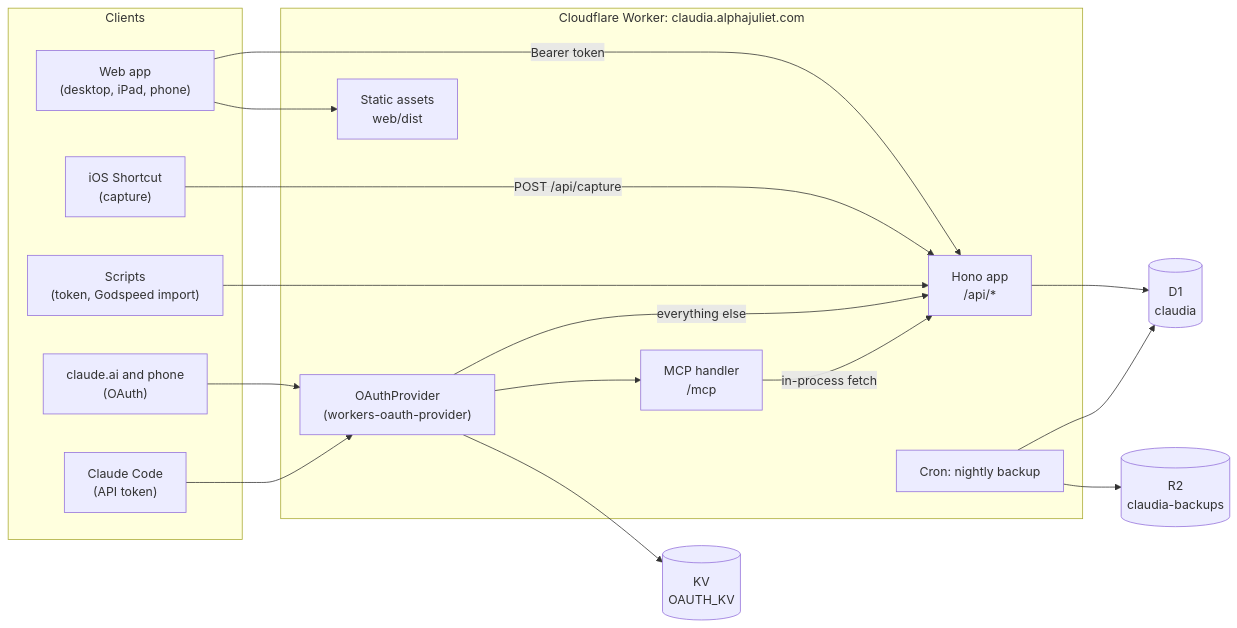
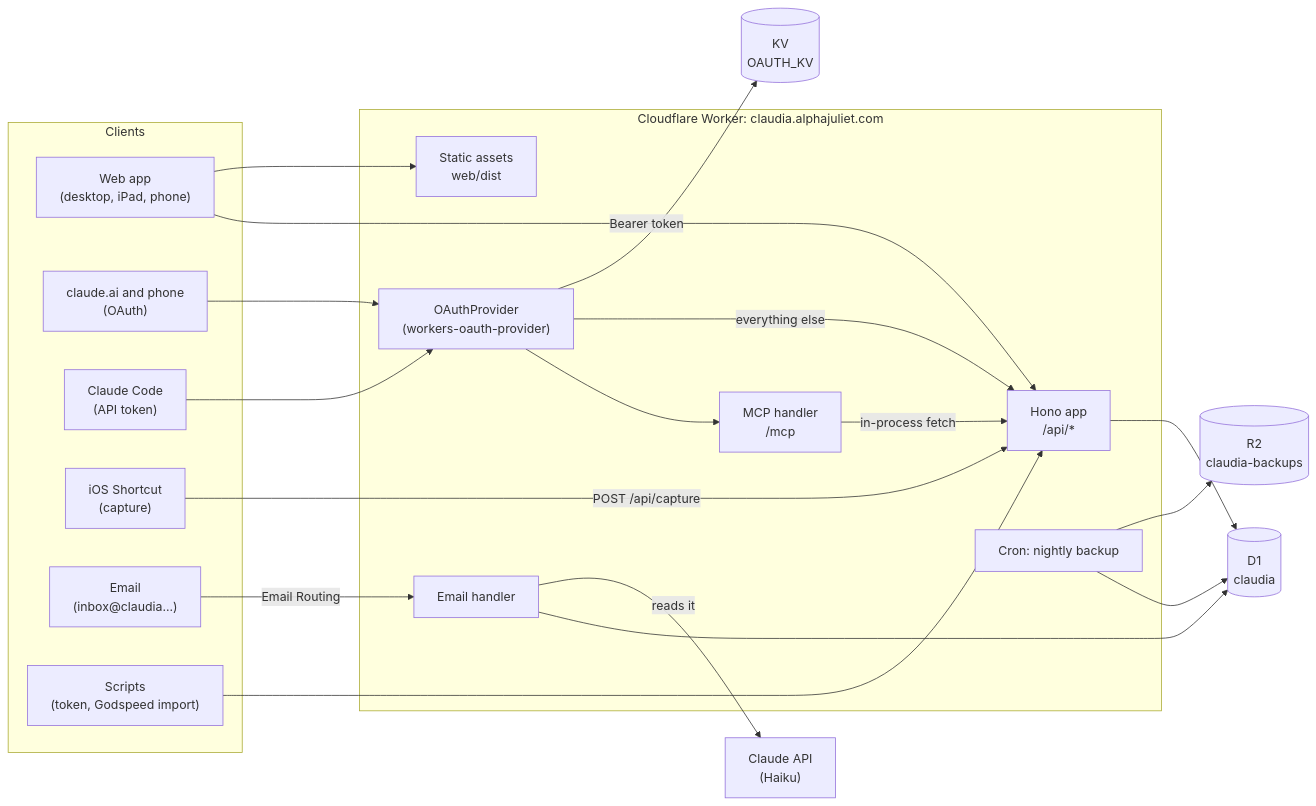
Before and after one commit to alphajuliet/claudia: the diagram in docs/architecture.md, drawn with Mermaid. The commit also changed other lines of this file and 15 other files, not shown here.

First line of the commit message:
Capture tasks by email, read by Claude

````diff
--- a/docs/architecture.md
+++ b/docs/architecture.md
@@ -13,36 +13,41 @@
 ```mermaid
 flowchart LR
   subgraph Clients
     web["Web app<br/>(desktop, iPad, phone)"]
     claude["claude.ai and phone<br/>(OAuth)"]
     cc["Claude Code<br/>(API token)"]
     shortcut["iOS Shortcut<br/>(capture)"]
+    mail["Email<br/>(inbox@claudia...)"]
     cli["Scripts<br/>(token, Godspeed import)"]
   end
 
   subgraph Worker["Cloudflare Worker: claudia.alphajuliet.com"]
     oauth["OAuthProvider<br/>(workers-oauth-provider)"]
     mcp["MCP handler<br/>/mcp"]
     api["Hono app<br/>/api/*"]
     assets["Static assets<br/>web/dist"]
     cron["Cron: nightly backup"]
+    emailh["Email handler"]
   end
 
   d1[("D1<br/>claudia")]
   kv[("KV<br/>OAUTH_KV")]
   r2[("R2<br/>claudia-backups")]
 
   web -->|Bearer token| api
   web --> assets
   shortcut -->|POST /api/capture| api
+  mail -->|Email Routing| emailh
+  emailh --> d1
+  emailh -->|reads it| claudeapi["Claude API<br/>(Haiku)"]
   cli --> api
   claude --> oauth
   cc --> oauth
   oauth --> mcp
   oauth -->|everything else| api
   mcp -->|in-process fetch| api
   api --> d1
   oauth --> kv
   cron --> d1
   cron --> r2
 ```
````
